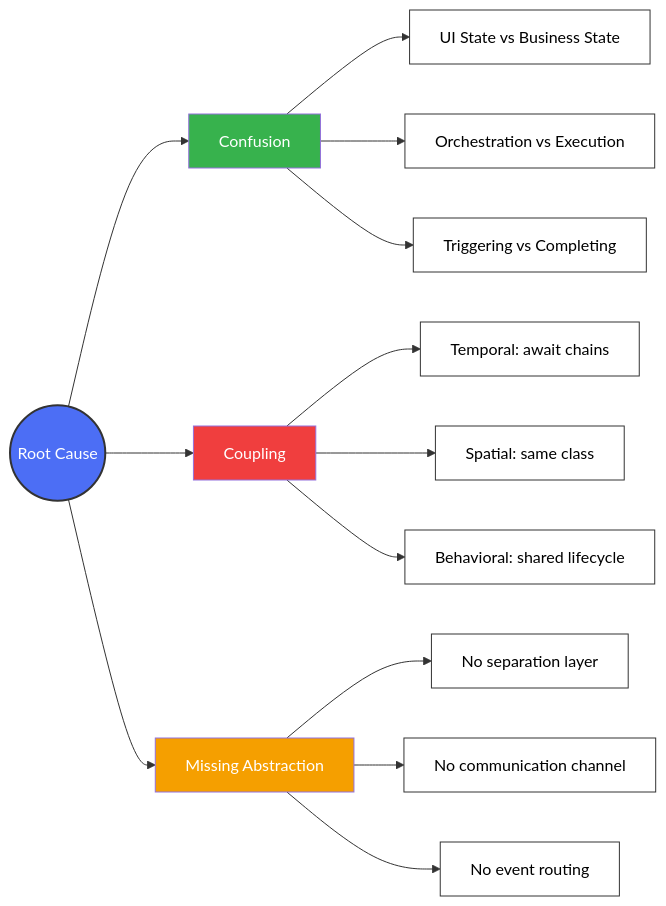
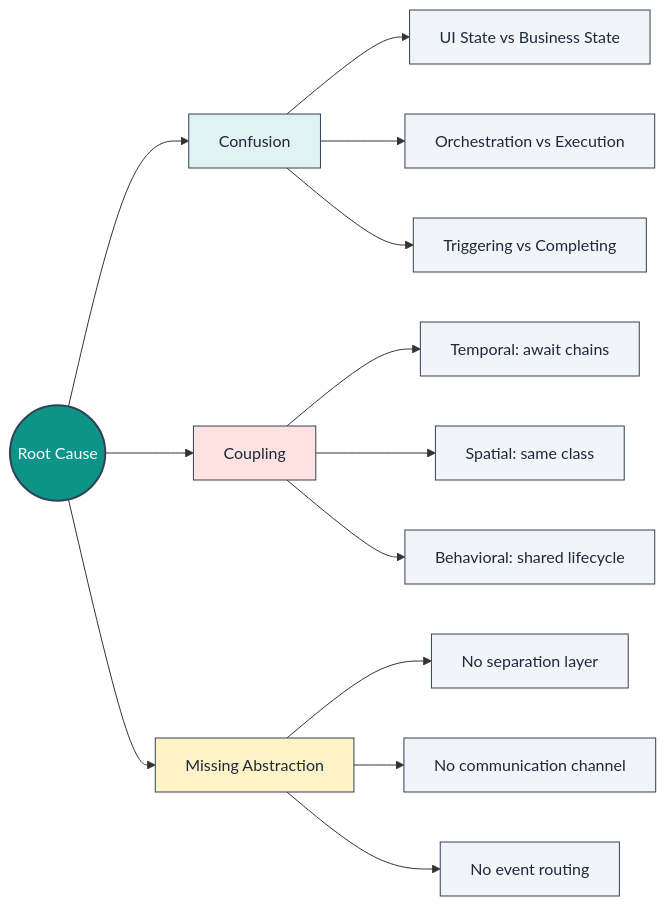
Before and after one commit to lploc94/flutter_orchestrator: the fifth of 6 diagrams in book/chapters/01_the_pain.md, drawn with Mermaid. The commit also changed other lines of this file and 3 other files, not shown here.

````diff
--- a/book/chapters/01_the_pain.md
+++ b/book/chapters/01_the_pain.md
@@ -156,36 +191,36 @@
 ```mermaid
 graph LR
     Root((Root Cause))
     
-    Root --> Confusion
+    Root --> Confusion["Confusion"]
     Confusion --> C1["UI State vs Business State"]
     Confusion --> C2["Orchestration vs Execution"]
     Confusion --> C3["Triggering vs Completing"]
     
-    Root --> Coupling
+    Root --> Coupling["Coupling"]
     Coupling --> Cp1["Temporal: await chains"]
     Coupling --> Cp2["Spatial: same class"]
     Coupling --> Cp3["Behavioral: shared lifecycle"]
     
     Root --> Missing["Missing Abstraction"]
     Missing --> M1["No separation layer"]
     Missing --> M2["No communication channel"]
     Missing --> M3["No event routing"]
     
-    style Root fill:#4c6ef5,stroke:#333,stroke-width:2px,color:#fff
-    style Confusion fill:#37b24d,color:#fff
-    style Coupling fill:#f03e3e,color:#fff
-    style Missing fill:#f59f00,color:#fff
+    style Root fill:#0d9488,stroke:#334155,stroke-width:2px,color:#ffffff
+    style Confusion fill:#e0f2f1,stroke:#334155,color:#1e293b
+    style Coupling fill:#fee2e2,stroke:#334155,color:#1e293b
+    style Missing fill:#fef3c7,stroke:#334155,color:#1e293b
     
-    style C1 fill:#fff,stroke:#333,color:#000
-    style C2 fill:#fff,stroke:#333,color:#000
-    style C3 fill:#fff,stroke:#333,color:#000
+    style C1 fill:#f1f5f9,stroke:#334155,color:#1e293b
+    style C2 fill:#f1f5f9,stroke:#334155,color:#1e293b
+    style C3 fill:#f1f5f9,stroke:#334155,color:#1e293b
     
-    style Cp1 fill:#fff,stroke:#333,color:#000
-    style Cp2 fill:#fff,stroke:#333,color:#000
-    style Cp3 fill:#fff,stroke:#333,color:#000
+    style Cp1 fill:#f1f5f9,stroke:#334155,color:#1e293b
+    style Cp2 fill:#f1f5f9,stroke:#334155,color:#1e293b
+    style Cp3 fill:#f1f5f9,stroke:#334155,color:#1e293b
     
-    style M1 fill:#fff,stroke:#333,color:#000
-    style M2 fill:#fff,stroke:#333,color:#000
-    style M3 fill:#fff,stroke:#333,color:#000
+    style M1 fill:#f1f5f9,stroke:#334155,color:#1e293b
+    style M2 fill:#f1f5f9,stroke:#334155,color:#1e293b
+    style M3 fill:#f1f5f9,stroke:#334155,color:#1e293b
 ```
````
